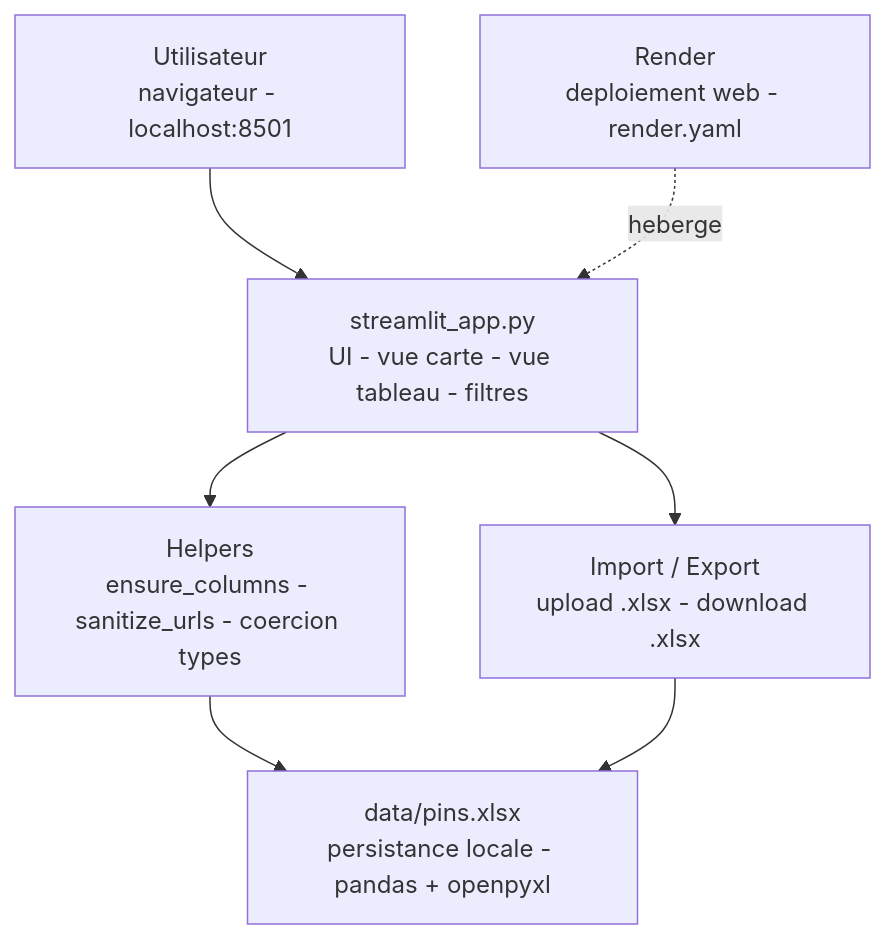
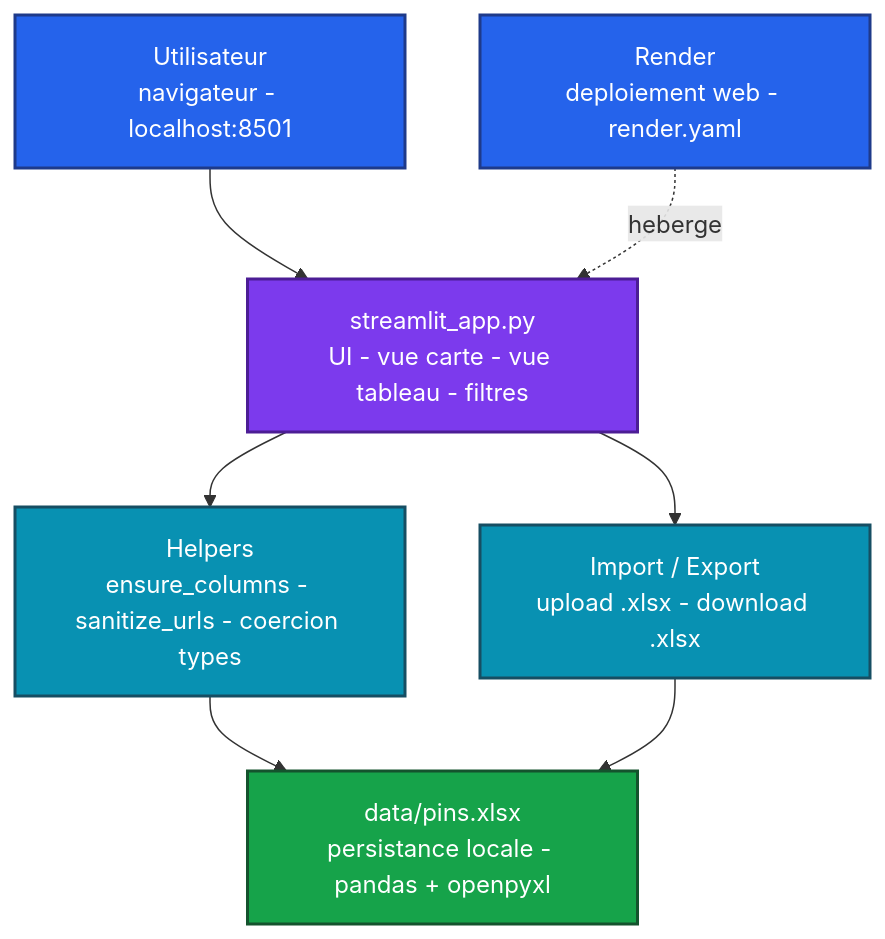
The diagram in README.md (Adam-Blf/pin-collector), drawn with Mermaid before and after one commit.

Commit message:
docs: add colors to mermaid diagrams (#5)
Each node gets a palette class (by subgraph or by flow depth), subgraphs are tinted, non-flowchart diagrams use a colored base theme. Validated by rendering every diagram before and after.

````diff
--- a/README.md
+++ b/README.md
@@ -19,14 +19,23 @@
 ```mermaid
 flowchart TB
     USER["Utilisateur<br/>navigateur - localhost:8501"]
     APP["streamlit_app.py<br/>UI - vue carte - vue tableau - filtres"]
     HELPERS["Helpers<br/>ensure_columns - sanitize_urls - coercion types"]
     EXCEL["data/pins.xlsx<br/>persistance locale - pandas + openpyxl"]
     IO["Import / Export<br/>upload .xlsx - download .xlsx"]
     RENDER["Render<br/>deploiement web - render.yaml"]
 
     USER --> APP --> HELPERS --> EXCEL
     APP --> IO
     IO --> EXCEL
     RENDER -.heberge.-> APP
+
+    classDef c0 fill:#2563eb,stroke:#1e3a8a,stroke-width:2px,color:#ffffff
+    classDef c1 fill:#7c3aed,stroke:#4c1d95,stroke-width:2px,color:#ffffff
+    classDef c2 fill:#0891b2,stroke:#164e63,stroke-width:2px,color:#ffffff
+    classDef c3 fill:#16a34a,stroke:#14532d,stroke-width:2px,color:#ffffff
+    class USER,RENDER c0
+    class APP,heberge c1
+    class HELPERS,IO c2
+    class EXCEL c3
 ```
````
